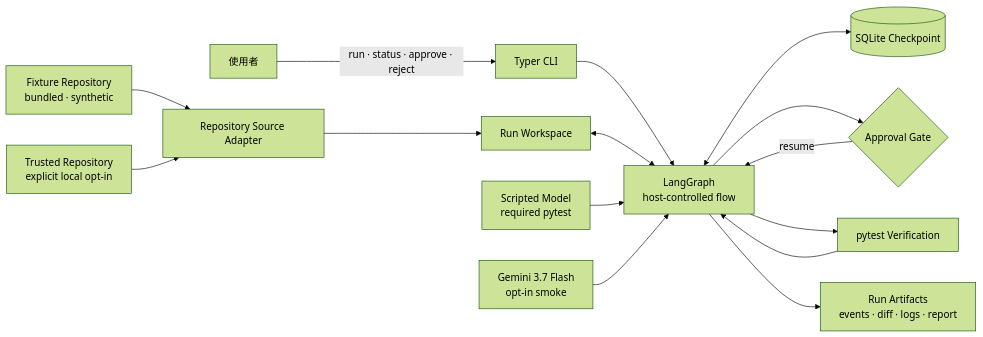
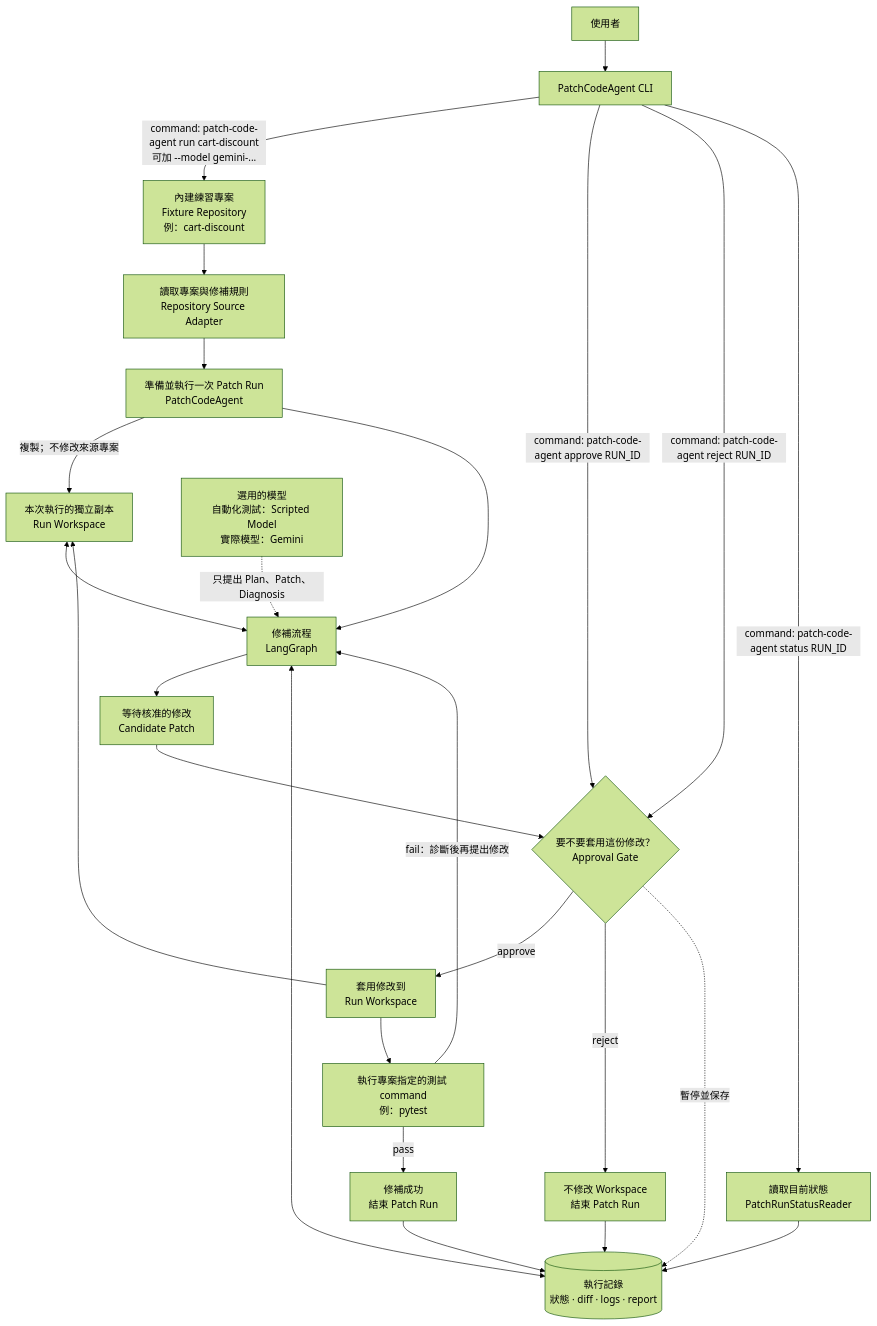
Before and after one commit to jerryxcy/patch-code-agent: the first of 2 diagrams in README.md, drawn with Mermaid (forest theme). The commit also changed other lines of this file and 16 other files, not shown here.

````diff
--- a/README.md
+++ b/README.md
@@ -31,19 +13,32 @@
 ```mermaid
-flowchart LR
-    human["使用者"] -->|run · status · approve · reject| cli["Typer CLI"]
-    fixture["Fixture Repository<br/>bundled · synthetic"] --> source["Repository Source Adapter"]
-    trusted["Trusted Repository<br/>explicit local opt-in"] --> source
-    source --> workspace["Run Workspace"]
-    cli --> workflow["LangGraph<br/>host-controlled flow"]
+flowchart TD
+    human["使用者"] --> cli["PatchCodeAgent CLI"]
+
+    cli -->|"command: patch-code-agent run cart-discount<br/>可加 --model gemini-..."| fixture["內建練習專案<br/>Fixture Repository<br/>例：cart-discount"]
+
+    fixture --> source["讀取專案與修補規則<br/>Repository Source Adapter"]
+    source --> app["準備並執行一次 Patch Run<br/>PatchCodeAgent"]
+    app -->|"複製；不修改來源專案"| workspace["本次執行的獨立副本<br/>Run Workspace"]
+    app --> workflow["修補流程<br/>LangGraph"]
     workspace <--> workflow
 
-    scripted["Scripted Model<br/>required pytest"] --> workflow
-    gemini["Gemini 3.7 Flash<br/>opt-in smoke"] --> workflow
+    model["選用的模型<br/>自動化測試：Scripted Model<br/>實際模型：Gemini"] -.->|"只提出 Plan、Patch、Diagnosis"| workflow
+    workflow --> candidate["等待核准的修改<br/>Candidate Patch"]
+    candidate --> approval{"要不要套用這份修改？<br/>Approval Gate"}
+    cli -->|"command: patch-code-agent approve RUN_ID"| approval
+    cli -->|"command: patch-code-agent reject RUN_ID"| approval
 
-    workflow <--> checkpoint[("SQLite Checkpoint")]
-    workflow --> approval{"Approval Gate"}
-    approval -->|resume| workflow
-    workflow --> verification["pytest Verification"]
-    verification --> workflow
-    workflow --> artifacts["Run Artifacts<br/>events · diff · logs · report"]
+    approval -->|"approve"| apply["套用修改到<br/>Run Workspace"]
+    apply --> workspace
+    apply --> verification["執行專案指定的測試 command<br/>例：pytest"]
+    verification -->|"fail：診斷後再提出修改"| workflow
+    verification -->|"pass"| succeeded["修補成功<br/>結束 Patch Run"]
+    approval -->|"reject"| rejected["不修改 Workspace<br/>結束 Patch Run"]
+
+    approval -.->|"暫停並保存"| storage[("執行記錄<br/>狀態 · diff · logs · report")]
+    succeeded --> storage
+    rejected --> storage
+    cli -->|"command: patch-code-agent status RUN_ID"| status["讀取目前狀態<br/>PatchRunStatusReader"]
+    status --> storage
+    workflow <--> storage
 ```
````
